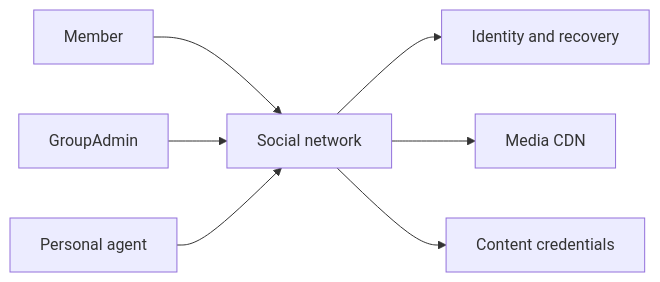
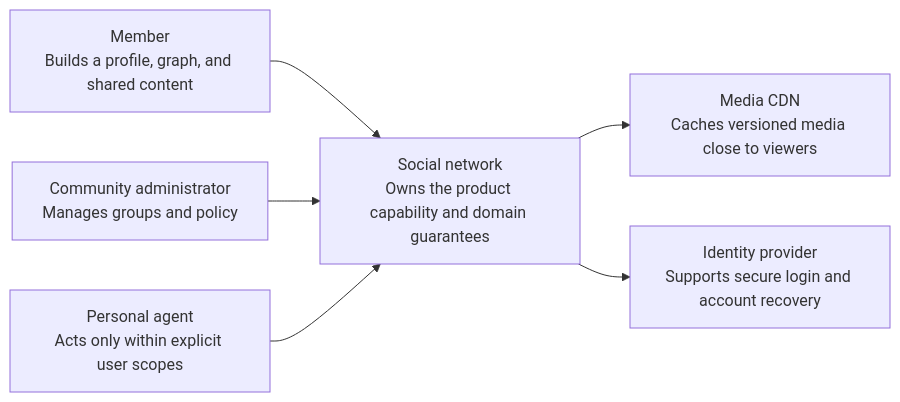
Before and after one commit to navaidya/learning: the first of 5 diagrams in content/system-design/06-ai-native-social-network.md, drawn with Mermaid. The commit also changed other lines of this file and 49 other files, not shown here.

Commit message:
content: complete system design deployment library

````diff
--- a/content/system-design/06-ai-native-social-network.md
+++ b/content/system-design/06-ai-native-social-network.md
@@ -34,11 +53,11 @@
 ```mermaid
 flowchart LR
   accTitle: Social network system context
-  accDescr: Members, group administrators, and personal agents use the network through identity, media, and provenance services.
-  Member --> Social[Social network]
-  GroupAdmin --> Social
-  Agent[Personal agent] --> Social
-  Social --> Identity[Identity and recovery]
-  Social --> CDN[Media CDN]
-  Social --> Provenance[Content credentials]
+  accDescr: Human and system actors use Social network, which integrates with explicitly bounded external capabilities.
+  A1["Member<br/>Builds a profile, graph, and shared content"] --> System
+  A2["Community administrator<br/>Manages groups and policy"] --> System
+  A3["Personal agent<br/>Acts only within explicit user scopes"] --> System
+  System["Social network<br/>Owns the product capability and domain guarantees"]
+  System --> E1["Media CDN<br/>Caches versioned media close to viewers"]
+  System --> E2["Identity provider<br/>Supports secure login and account recovery"]
 ```
````
